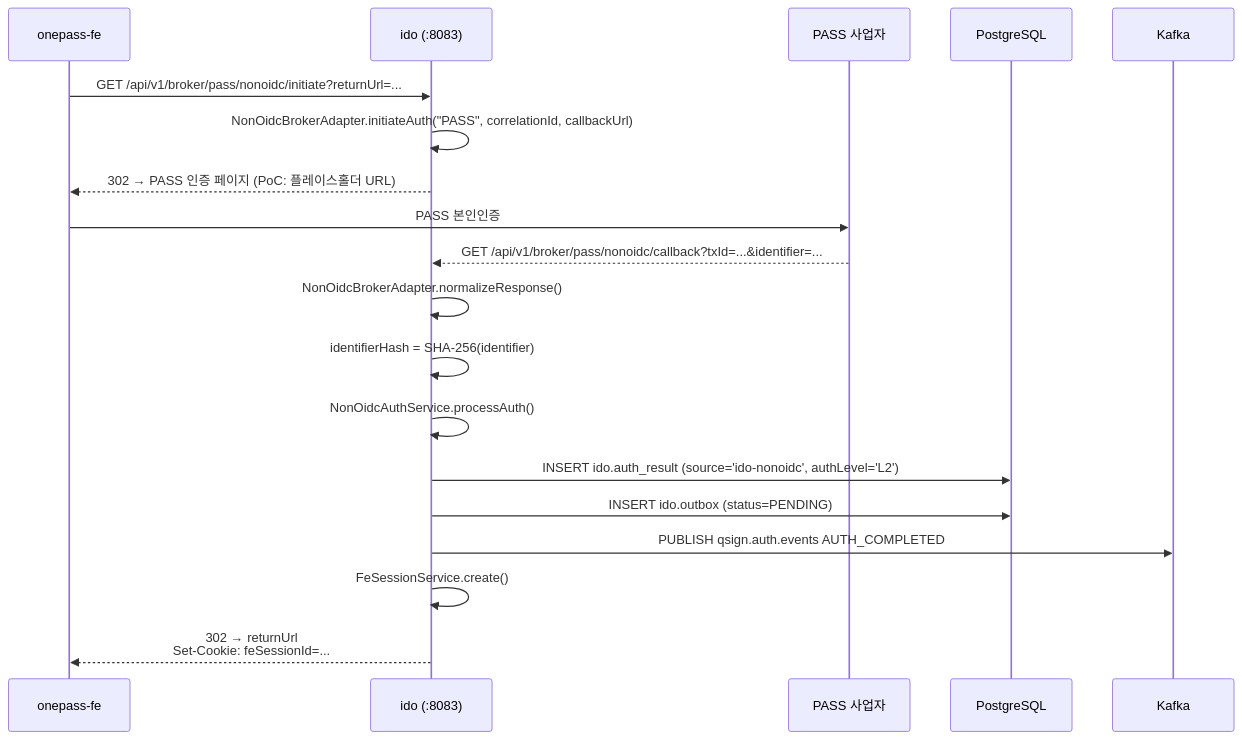
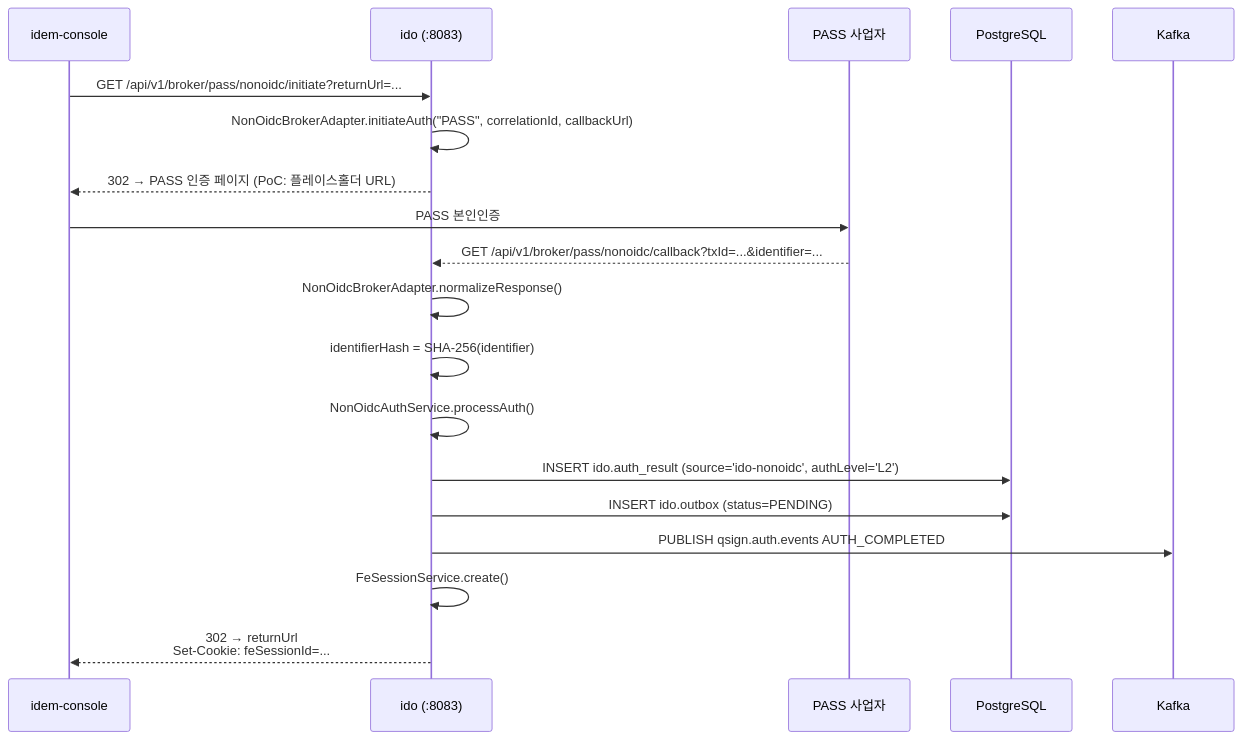
One commit to HipsterMIN/integration-sso changed the third of 5 diagrams in docs/internal/architecture/oidc-brokering-design.md. Above: the diagram before and after it, drawn with Mermaid. The commit also changed other lines of this file and 71 other files, not shown here.

````diff
--- a/docs/internal/architecture/oidc-brokering-design.md
+++ b/docs/internal/architecture/oidc-brokering-design.md
@@ -700,25 +700,25 @@
 ```mermaid
 sequenceDiagram
-    participant FE as onepass-fe
+    participant FE as idem-console
     participant IDO as ido (:8083)
     participant PASS as PASS 사업자
     participant DB as PostgreSQL
     participant KAFKA as Kafka
 
     FE->>IDO: GET /api/v1/broker/pass/nonoidc/initiate?returnUrl=...
     IDO->>IDO: NonOidcBrokerAdapter.initiateAuth("PASS", correlationId, callbackUrl)
     IDO-->>FE: 302 → PASS 인증 페이지 (PoC: 플레이스홀더 URL)
 
     FE->>PASS: PASS 본인인증
     PASS-->>IDO: GET /api/v1/broker/pass/nonoidc/callback?txId=...&identifier=...
 
     IDO->>IDO: NonOidcBrokerAdapter.normalizeResponse()
     IDO->>IDO: identifierHash = SHA-256(identifier)
     IDO->>IDO: NonOidcAuthService.processAuth()
     IDO->>DB: INSERT ido.auth_result (source='ido-nonoidc', authLevel='L2')
     IDO->>DB: INSERT ido.outbox (status=PENDING)
     IDO->>KAFKA: PUBLISH qsign.auth.events AUTH_COMPLETED
     IDO->>IDO: FeSessionService.create()
 
     IDO-->>FE: 302 → returnUrl<br>Set-Cookie: feSessionId=...
 ```
````
